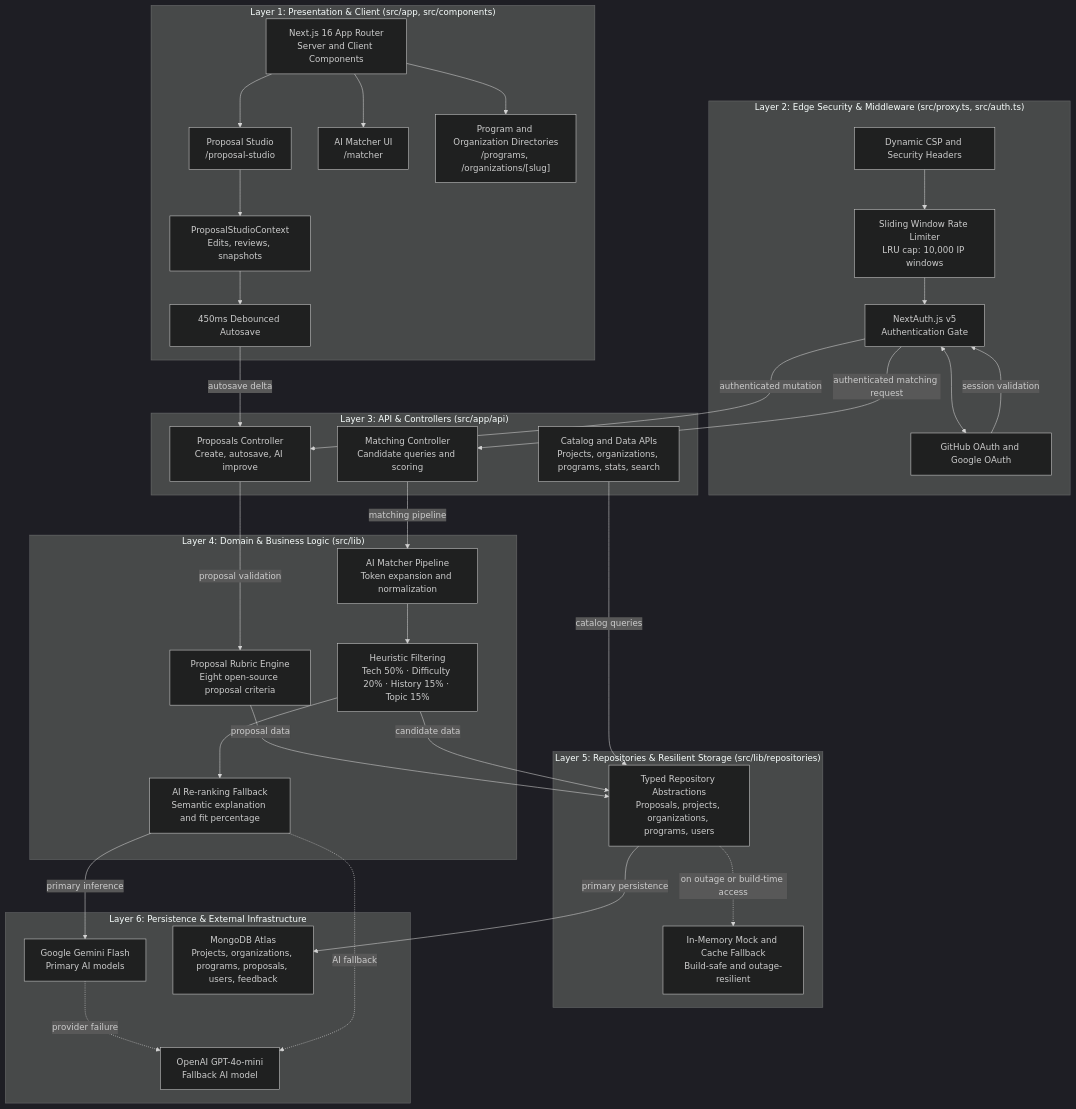
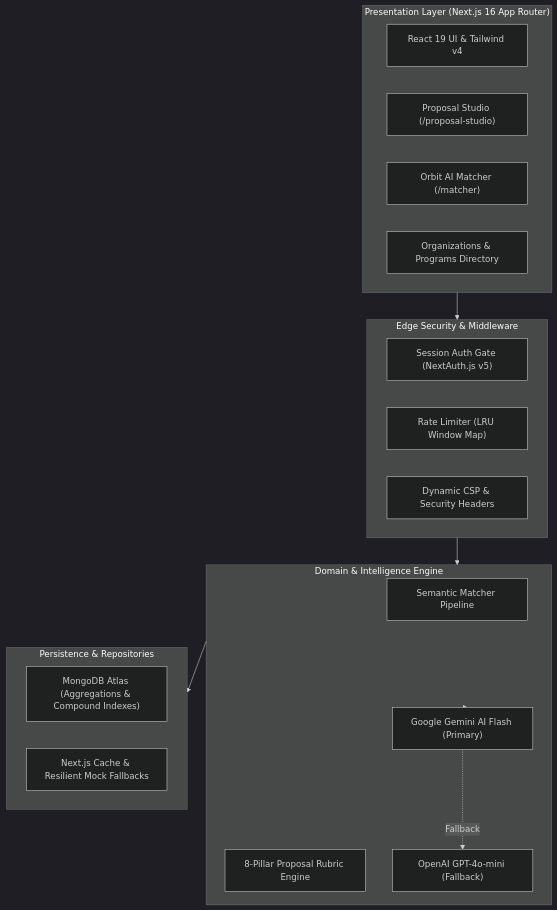
One commit to subhranshudash13-dotcom/Contribo changed the diagram in README.md. Above: the diagram before and after it, drawn with Mermaid (dark theme). The commit also changed other lines of this file, not shown here.

Commit message:
docs: overhaul README with enterprise-grade open source documentation and contributor guide

````diff
--- a/README.md
+++ b/README.md
@@ -70,74 +81,33 @@
 ```mermaid
 flowchart TD
-    subgraph L1["Layer 1: Presentation & Client (src/app, src/components)"]
-        NextApp["Next.js 16 App Router<br/>Server and Client Components"]
-        Studio["Proposal Studio<br/>/proposal-studio"]
-        StudioCtx["ProposalStudioContext<br/>Edits, reviews, snapshots"]
-        Debounce["450ms Debounced Autosave"]
-        MatcherUI["AI Matcher UI<br/>/matcher"]
-        Dirs["Program and Organization Directories<br/>/programs, /organizations/[slug]"]
-        
-        NextApp --> Studio
-        NextApp --> MatcherUI
-        NextApp --> Dirs
-        Studio --> StudioCtx
-        StudioCtx --> Debounce
+    subgraph Client["Presentation Layer (Next.js 16 App Router)"]
+        UI["React 19 UI & Tailwind v4"]
+        Studio["Proposal Studio (/proposal-studio)"]
+        Matcher["Orbit AI Matcher (/matcher)"]
+        Explorer["Organizations & Programs Directory"]
     end
 
-    subgraph L2["Layer 2: Edge Security & Middleware (src/proxy.ts, src/auth.ts)"]
-        CSP["Dynamic CSP and Security Headers"]
-        RateLimiter["Sliding Window Rate Limiter<br/>LRU cap: 10,000 IP windows"]
-        AuthGate["NextAuth.js v5<br/>Authentication Gate"]
-        OAuth["GitHub OAuth and Google OAuth"]
-        
-        CSP --> RateLimiter
-        RateLimiter --> AuthGate
-        AuthGate <--> OAuth
+    subgraph Security["Edge Security & Middleware"]
+        Gate["Session Auth Gate (NextAuth.js v5)"]
+        RateLimit["Rate Limiter (LRU Window Map)"]
+        CSP["Dynamic CSP & Security Headers"]
     end
 
-    subgraph L3["Layer 3: API & Controllers (src/app/api)"]
-        PropCtrl["Proposals Controller<br/>Create, autosave, AI improve"]
-        MatchCtrl["Matching Controller<br/>Candidate queries and scoring"]
-        CatalogAPI["Catalog and Data APIs<br/>Projects, organizations, programs, stats, search"]
+    subgraph Core["Domain & Intelligence Engine"]
+        MatchEngine["Semantic Matcher Pipeline"]
+        RubricEngine["8-Pillar Proposal Rubric Engine"]
+        GeminiAI["Google Gemini AI Flash (Primary)"]
+        OpenAI["OpenAI GPT-4o-mini (Fallback)"]
     end
 
-    subgraph L4["Layer 4: Domain & Business Logic (src/lib)"]
-        Rubric["Proposal Rubric Engine<br/>Eight open-source proposal criteria"]
-        MatchPipeline["AI Matcher Pipeline<br/>Token expansion and normalization"]
-        Heuristic["Heuristic Filtering<br/>Tech 50% · Difficulty 20% · History 15% · Topic 15%"]
-        Rerank["AI Re-ranking Fallback<br/>Semantic explanation and fit percentage"]
+    subgraph Data["Persistence & Repositories"]
+        Mongo["MongoDB Atlas (Aggregations & Compound Indexes)"]
+        Cache["Next.js Cache & Resilient Mock Fallbacks"]
     end
 
-    subgraph L5["Layer 5: Repositories & Resilient Storage (src/lib/repositories)"]
-        Repos["Typed Repository Abstractions<br/>Proposals, projects, organizations, programs, users"]
-        MockFallback["In-Memory Mock and Cache Fallback<br/>Build-safe and outage-resilient"]
-    end
-
-    subgraph L6["Layer 6: Persistence & External Infrastructure"]
-        Gemini["Google Gemini Flash<br/>Primary AI models"]
-        OpenAI["OpenAI GPT-4o-mini<br/>Fallback AI model"]
-        MongoDB["MongoDB Atlas<br/>Projects, organizations, programs, proposals, users, feedback"]
-    end
-
-    %% Cross-layer interactions
-    Debounce -- "autosave delta" --> PropCtrl
-    AuthGate -- "authenticated mutation" --> PropCtrl
-    AuthGate -- "authenticated matching request" --> MatchCtrl
-    OAuth -- "session validation" --> AuthGate
-
-    PropCtrl -- "proposal validation" --> Rubric
-    MatchCtrl -- "matching pipeline" --> MatchPipeline
-    MatchPipeline --> Heuristic
-    Heuristic --> Rerank
-
-    Rubric -- "proposal data" --> Repos
-    Heuristic -- "candidate data" --> Repos
-    CatalogAPI -- "catalog queries" --> Repos
-
-    Rerank -- "primary inference" --> Gemini
-    Gemini -. "provider failure" .-> OpenAI
-    Rerank -. "AI fallback" .-> OpenAI
-
-    Repos -- "primary persistence" --> MongoDB
-    Repos -. "on outage or build-time access" .-> MockFallback
+    Client --> Security
+    Security --> Core
+    Core --> GeminiAI
+    GeminiAI -. Fallback .-> OpenAI
+    Core --> Data
 ```
````
